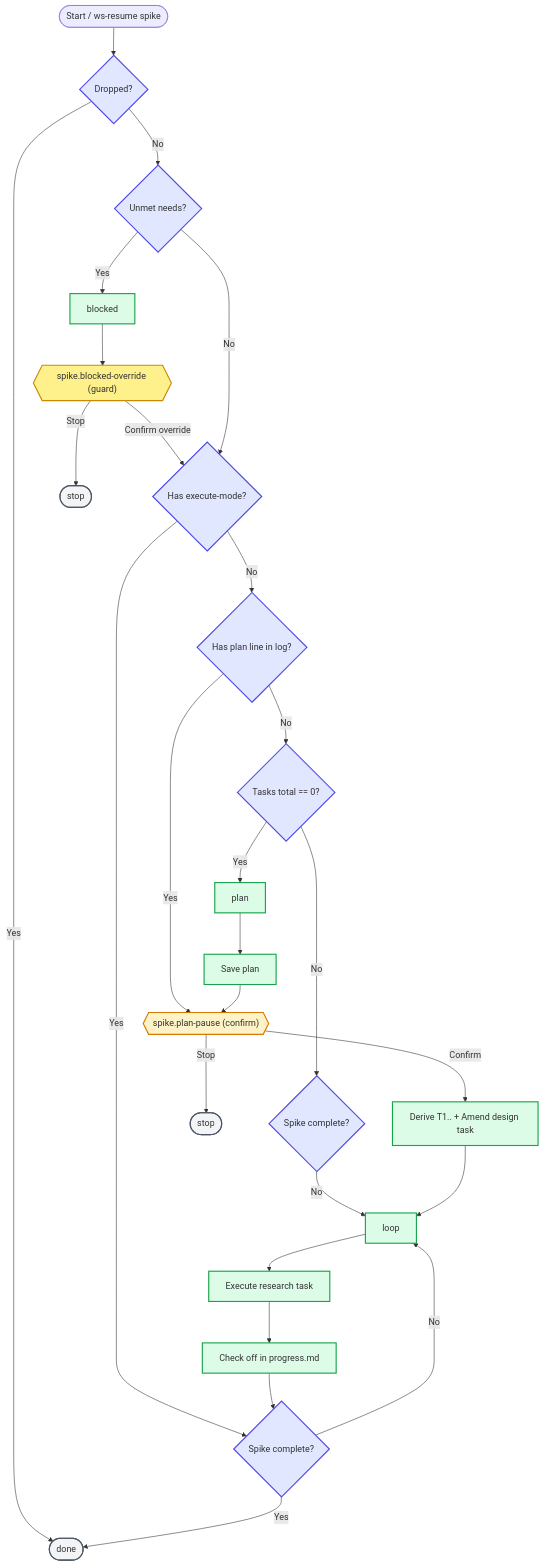
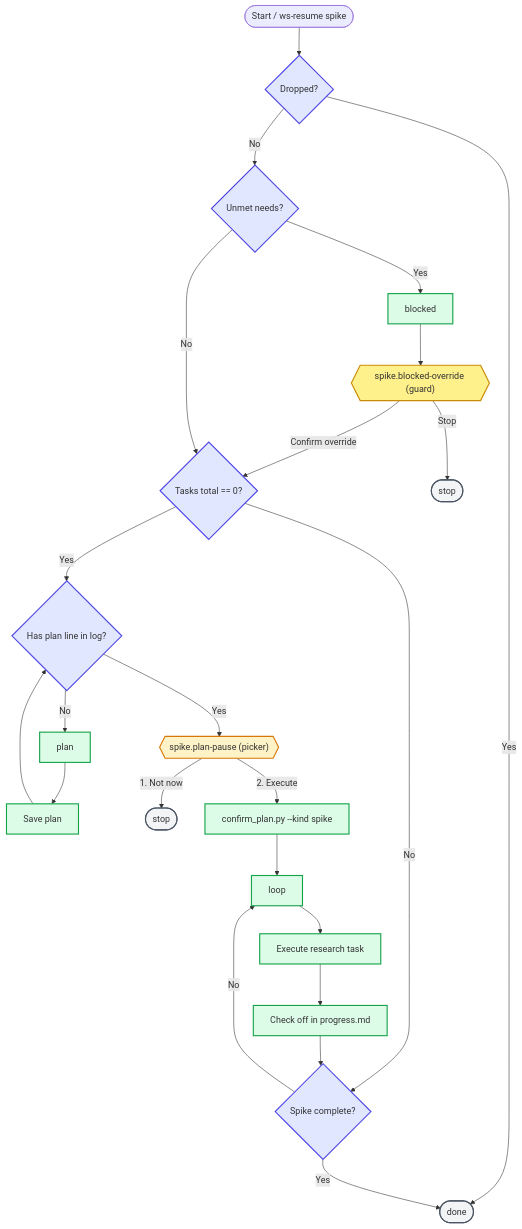
Before and after one commit to caioariede/claude-plugins: the diagram in plugins/workstreams/skills/ws/references/flows/diagrams/resume-spike.mmd, drawn with Mermaid. The commit also changed 25 other files, not shown here.

Commit message:
feat(workstreams): replace execute-mode with plan=done lifecycle

```diff
--- a/plugins/workstreams/skills/ws/references/flows/diagrams/resume-spike.mmd
+++ b/plugins/workstreams/skills/ws/references/flows/diagrams/resume-spike.mmd
@@ -1,43 +1,40 @@
 flowchart TD
     %% ws-resume spike execution flow
 
     start([Start / ws-resume spike]) --> check_dropped{Dropped?}
     check_dropped -- Yes --> done([done])
     check_dropped -- No --> check_needs{Unmet needs?}
     
     check_needs -- Yes --> blocked[blocked]
     blocked --> guard_blocked{{"spike.blocked-override (guard)"}}
-    guard_blocked -- Confirm override --> check_exec_mode
+    guard_blocked -- Confirm override --> check_zero_tasks
     guard_blocked -- Stop --> stop_blocked([stop])
     
-    check_needs -- No --> check_exec_mode{Has execute-mode?}
+    check_needs -- No --> check_zero_tasks{Tasks total == 0?}
     
-    check_exec_mode -- No --> check_plan_line{Has plan line in log?}
-    check_plan_line -- Yes --> plan_pause{{"spike.plan-pause (confirm)"}}
-    check_plan_line -- No --> check_zero_tasks{Tasks total == 0?}
-    check_zero_tasks -- Yes --> plan[plan]
-    plan --> plan_save[Save plan] --> plan_pause
-    check_zero_tasks -- No --> check_complete_early{Spike complete?}
-    check_complete_early -- No --> loop[loop]
+    check_zero_tasks -- Yes --> check_plan_line{Has plan line in log?}
+    check_plan_line -- No --> plan[plan]
+    plan --> plan_save[Save plan] --> check_plan_line
+    check_plan_line -- Yes --> plan_pause{{"spike.plan-pause (picker)"}}
     
-    plan_pause -- Confirm --> derive_tasks[Derive T1.. + Amend design task] --> loop
-    plan_pause -- Stop --> stop_plan([stop])
+    plan_pause -- "1. Not now" --> stop_plan([stop])
+    plan_pause -- "2. Execute" --> confirm_plan[confirm_plan.py --kind spike] --> loop
     
-    check_exec_mode -- Yes --> check_complete{Spike complete?}
+    check_zero_tasks -- No --> check_complete{Spike complete?}
     check_complete -- No --> loop[loop]
     loop --> execute_task[Execute research task] --> check_off[Check off in progress.md] --> check_complete
     
     check_complete -- Yes --> done
 
     classDef picker fill:#fef3c7,stroke:#d97706,stroke-width:2px;
     classDef action_stop fill:#fee2e2,stroke:#dc2626,stroke-width:2px;
     classDef terminal fill:#f3f4f6,stroke:#4b5563,stroke-width:2px;
     classDef condition fill:#e0e7ff,stroke:#4f46e5,stroke-width:2px;
     classDef action fill:#dcfce7,stroke:#16a34a,stroke-width:2px;
     classDef guard fill:#fef08a,stroke:#ca8a04,stroke-width:2px;
 
     class plan_pause picker;
     class done,stop_plan,stop_blocked terminal;
-    class check_dropped,check_needs,check_exec_mode,check_plan_line,check_zero_tasks,check_complete_early,check_complete condition;
-    class plan,loop,derive_tasks,execute_task,check_off,plan_save,blocked action;
+    class check_dropped,check_needs,check_zero_tasks,check_plan_line,check_complete condition;
+    class plan,loop,confirm_plan,execute_task,check_off,plan_save,blocked action;
     class guard_blocked guard;
```
